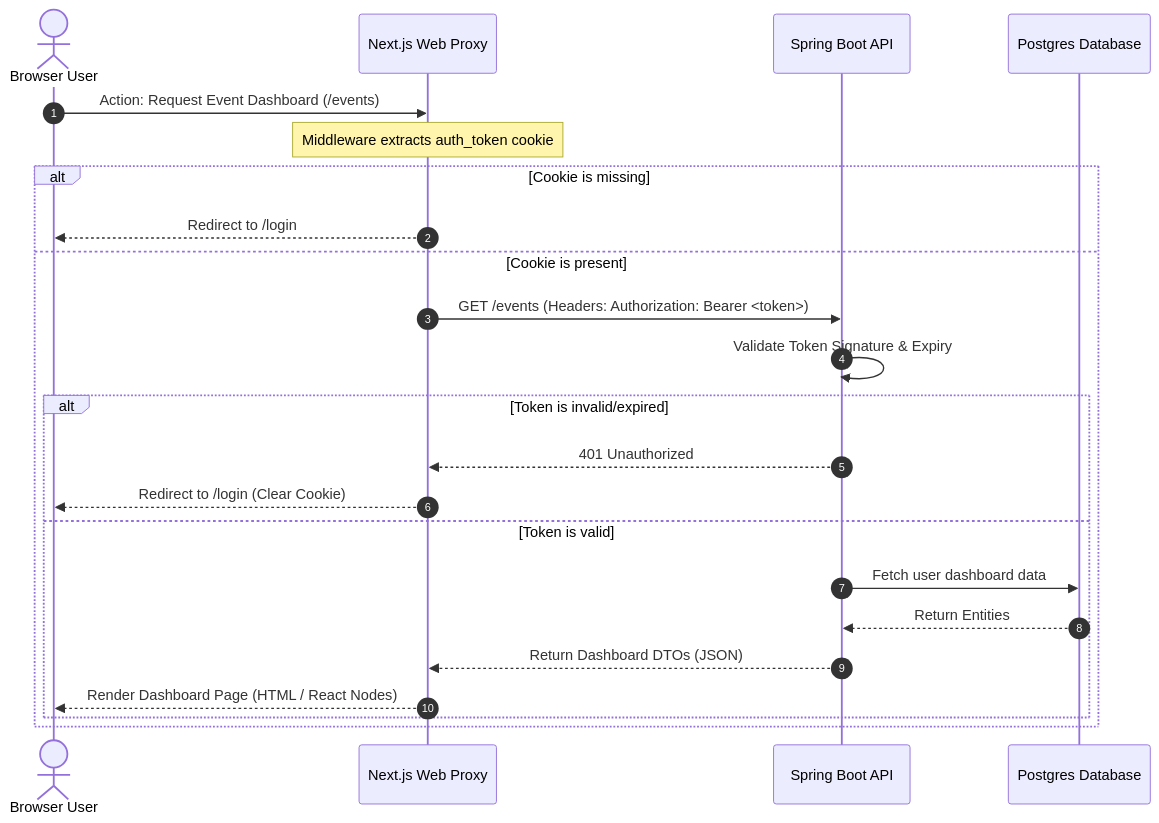
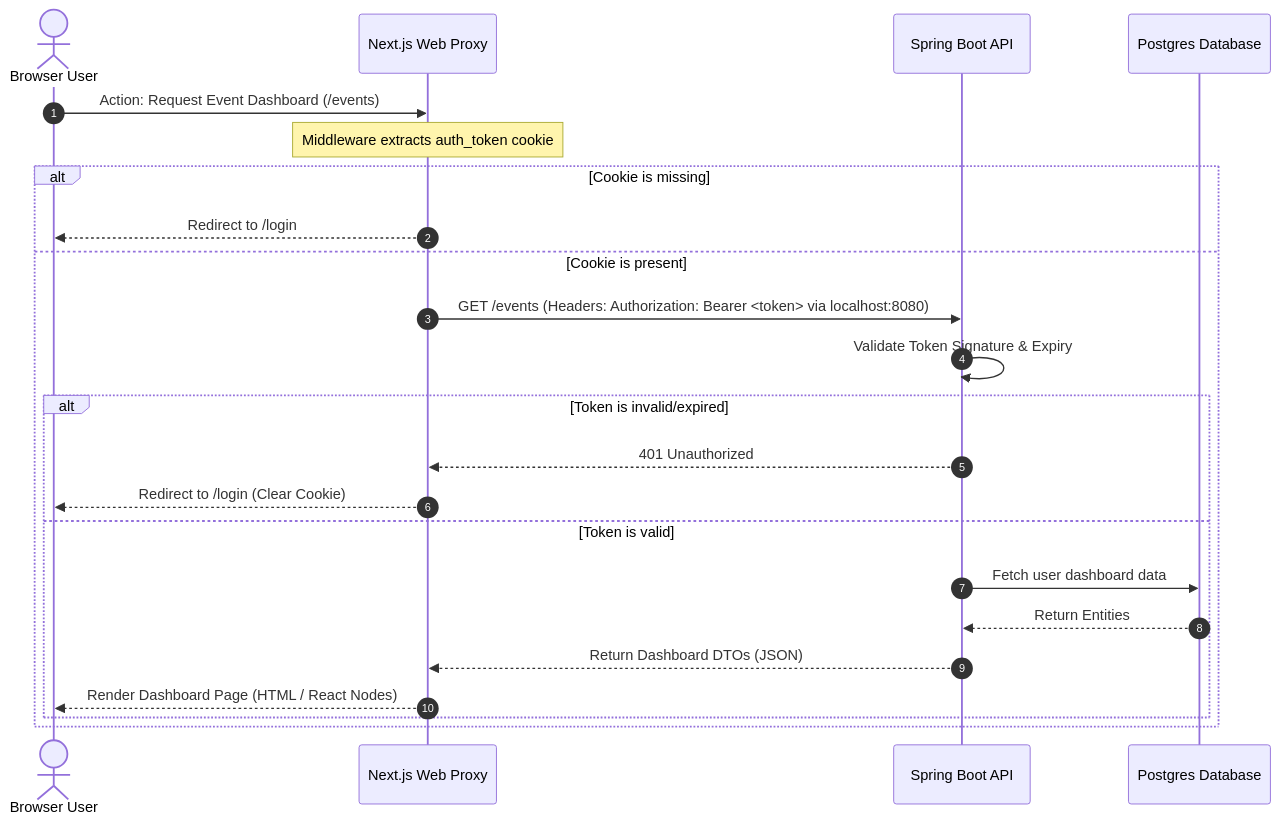
The second of 3 diagrams in docs/architecture-design.md (jayfacepalm/planohi-app-v4), drawn with Mermaid before and after one commit. The commit also changed other lines of this file and 88 other files, not shown here.

````diff
--- a/docs/architecture-design.md
+++ b/docs/architecture-design.md
@@ -63,26 +81,26 @@
 ```mermaid
 sequenceDiagram
     autonumber
     actor User as Browser User
     participant Web as Next.js Web Proxy
     participant API as Spring Boot API
     participant DB as Postgres Database
 
     User->>Web: Action: Request Event Dashboard (/events)
     Note over Web: Middleware extracts auth_token cookie
     alt Cookie is missing
         Web-->>User: Redirect to /login
     else Cookie is present
-        Web->>API: GET /events (Headers: Authorization: Bearer <token>)
+        Web->>API: GET /events (Headers: Authorization: Bearer <token> via localhost:8080)
         API->>API: Validate Token Signature & Expiry
         alt Token is invalid/expired
             API-->>Web: 401 Unauthorized
             Web-->>User: Redirect to /login (Clear Cookie)
         else Token is valid
             API->>DB: Fetch user dashboard data
             DB-->>API: Return Entities
             API-->>Web: Return Dashboard DTOs (JSON)
             Web-->>User: Render Dashboard Page (HTML / React Nodes)
         end
     end
 ```
````
